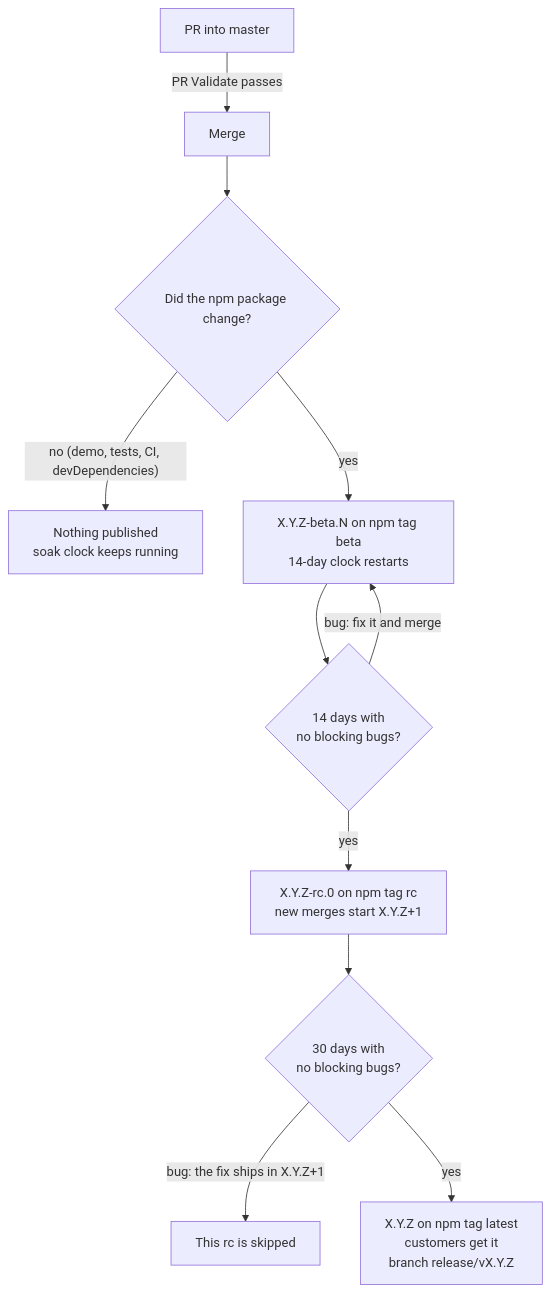
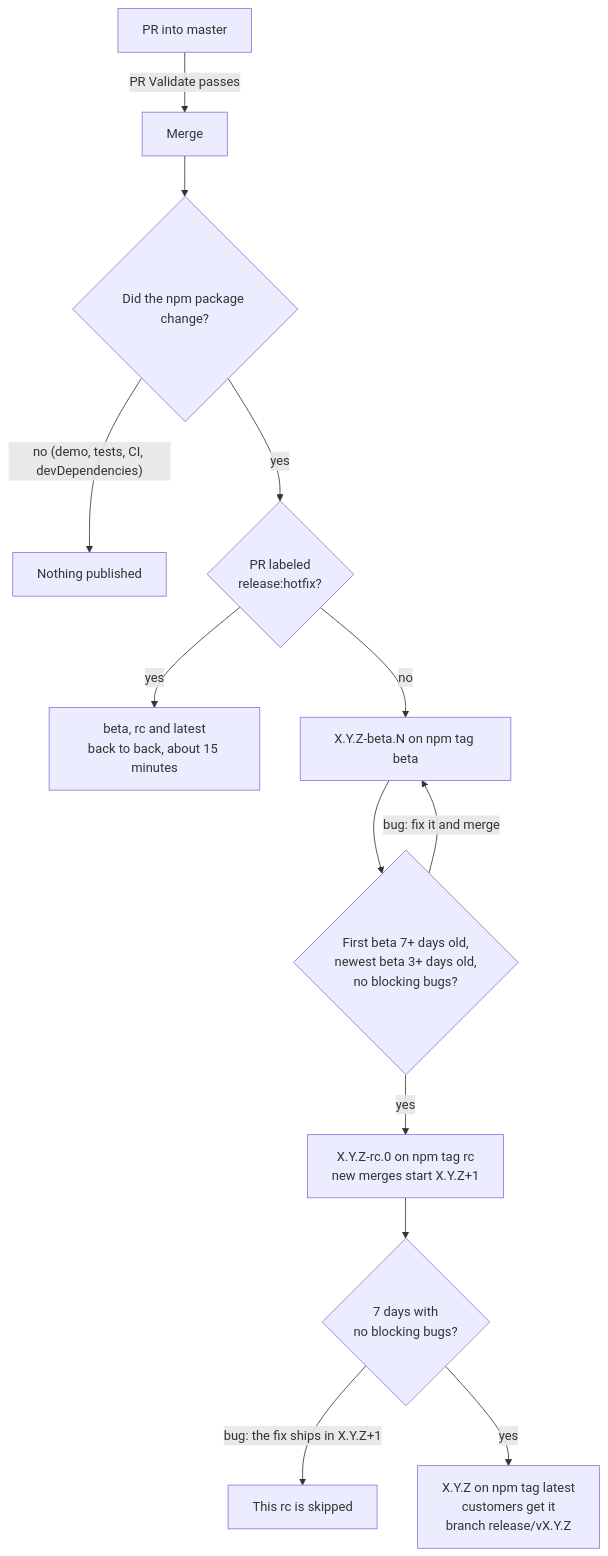
Before and after one commit to DomoApps/domo.js: the first of 2 diagrams in RELEASING.md, drawn with Mermaid. The commit also changed other lines of this file and 10 other files, not shown here.

First line of the commit message:
ci: shorter soaks and a release:hotfix PR label

````diff
--- a/RELEASING.md
+++ b/RELEASING.md
@@ -16,13 +17,15 @@
 ```mermaid
 flowchart TD
     PR["PR into master"] -->|"PR Validate passes"| MERGE["Merge"]
     MERGE --> CHANGED{"Did the npm package change?"}
-    CHANGED -->|"no (demo, tests, CI, devDependencies)"| NOTHING["Nothing published<br/>soak clock keeps running"]
-    CHANGED -->|"yes"| BETA["X.Y.Z-beta.N on npm tag beta<br/>14-day clock restarts"]
-    BETA --> SOAK1{"14 days with<br/>no blocking bugs?"}
+    CHANGED -->|"no (demo, tests, CI, devDependencies)"| NOTHING["Nothing published"]
+    CHANGED -->|"yes"| HOT{"PR labeled<br/>release:hotfix?"}
+    HOT -->|"yes"| FAST["beta, rc and latest<br/>back to back, about 15 minutes"]
+    HOT -->|"no"| BETA["X.Y.Z-beta.N on npm tag beta"]
+    BETA --> SOAK1{"First beta 7+ days old,<br/>newest beta 3+ days old,<br/>no blocking bugs?"}
     SOAK1 -->|"bug: fix it and merge"| BETA
     SOAK1 -->|"yes"| RC["X.Y.Z-rc.0 on npm tag rc<br/>new merges start X.Y.Z+1"]
-    RC --> SOAK2{"30 days with<br/>no blocking bugs?"}
+    RC --> SOAK2{"7 days with<br/>no blocking bugs?"}
     SOAK2 -->|"bug: the fix ships in X.Y.Z+1"| SKIP["This rc is skipped"]
     SOAK2 -->|"yes"| GA["X.Y.Z on npm tag latest<br/>customers get it<br/>branch release/vX.Y.Z"]
 ```
````
